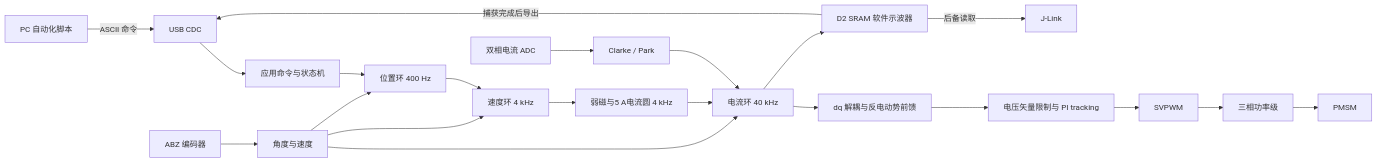
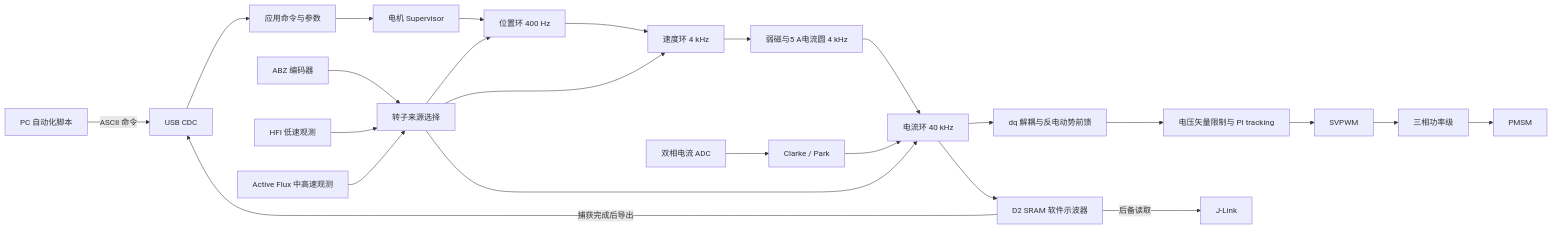
One commit to TodayRainy/STM32H743-FOC-Control-Lab changed the first of 2 diagrams in docs/ARCHITECTURE.md. Above: the diagram before and after it, drawn with Mermaid. The commit also changed other lines of this file and 9 other files, not shown here.

```diff
--- a/docs/ARCHITECTURE.md
+++ b/docs/ARCHITECTURE.md
@@ -7,26 +7,29 @@
 ~~~mermaid
 flowchart LR
     HOST[PC 自动化脚本] -->|ASCII 命令| CDC[USB CDC]
-    CDC --> APP[应用命令与状态机]
-    APP --> POS[位置环 400 Hz]
+    CDC --> APP[应用命令与参数]
+    APP --> SUP[电机 Supervisor]
+    SUP --> POS[位置环 400 Hz]
     POS --> SPD[速度环 4 kHz]
     SPD --> FW[弱磁与5 A电流圆 4 kHz]
     FW --> CUR[电流环 40 kHz]
 
     ADC[双相电流 ADC] --> CLARKE[Clarke / Park]
-    ENC[ABZ 编码器] --> ANGLE[角度与速度]
+    ENC[ABZ 编码器] --> ROTOR[转子来源选择]
+    HFI[HFI 低速观测] --> ROTOR
+    AF[Active Flux 中高速观测] --> ROTOR
     CLARKE --> CUR
-    ANGLE --> CUR
-    ANGLE --> SPD
-    ANGLE --> POS
+    ROTOR --> CUR
+    ROTOR --> SPD
+    ROTOR --> POS
 
     CUR --> FF[dq 解耦与反电动势前馈]
     FF --> LIMIT[电压矢量限制与 PI tracking]
     LIMIT --> SVPWM[SVPWM]
     SVPWM --> STAGE[三相功率级]
     STAGE --> MOTOR[PMSM]
 
     CUR --> SCOPE[D2 SRAM 软件示波器]
     SCOPE -->|捕获完成后导出| CDC
     SCOPE -->|后备读取| JLINK[J-Link]
 ~~~
```
